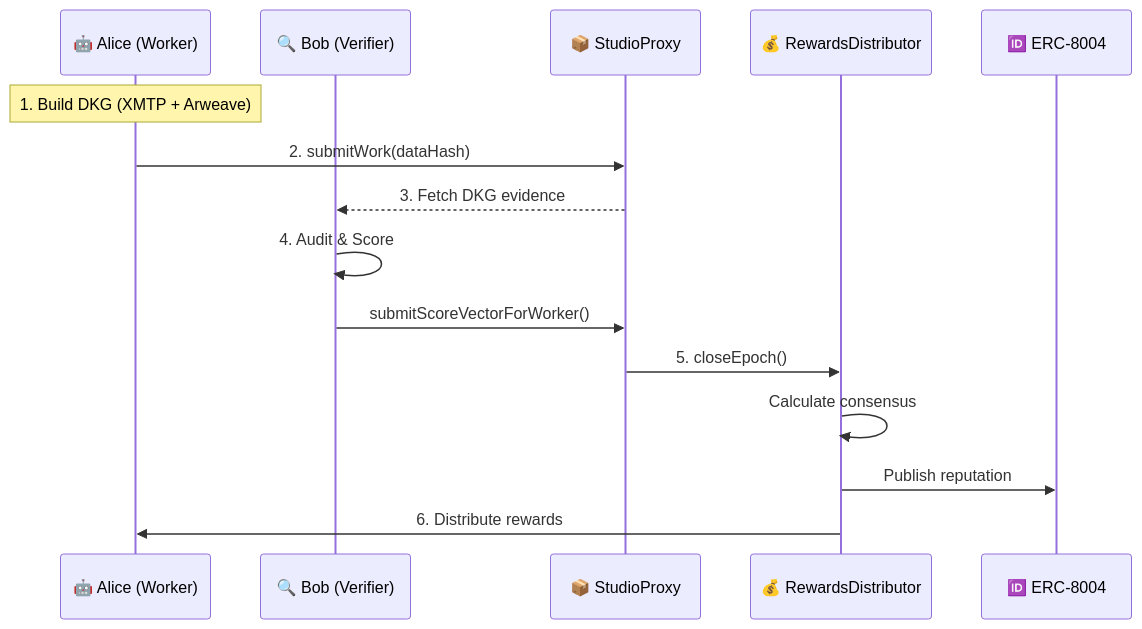
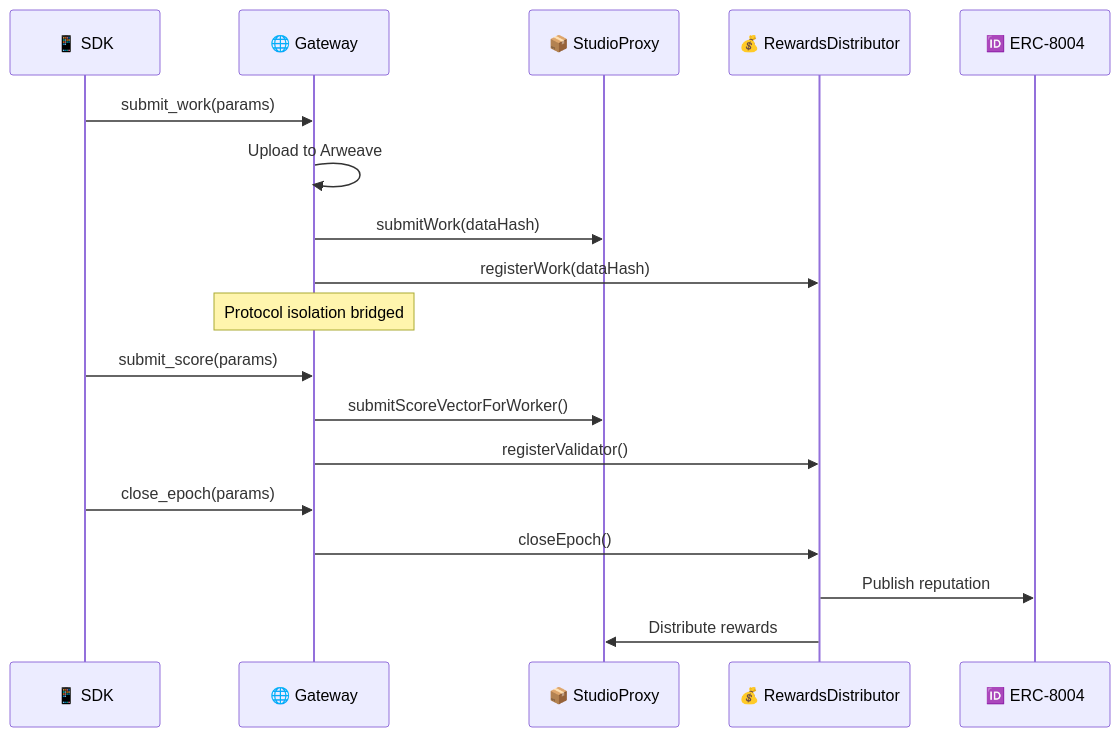
The fourth of 4 diagrams in overview/architecture.mdx (ChaosChain/chaoschain-docs), drawn with Mermaid before and after one commit. The commit also changed other lines of this file and 12 other files, not shown here.

````diff
--- a/overview/architecture.mdx
+++ b/overview/architecture.mdx
@@ -107,20 +176,23 @@
 ```mermaid
 sequenceDiagram
-    participant Alice as 🤖 Alice (Worker)
-    participant Bob as 🔍 Bob (Verifier)
-    participant Studio as 📦 StudioProxy
+    participant SDK as 📱 SDK
+    participant GW as 🌐 Gateway
+    participant SP as 📦 StudioProxy
     participant RD as 💰 RewardsDistributor
     participant ERC as 🆔 ERC-8004
     
-    Note over Alice: 1. Build DKG (XMTP + Arweave)
-    Alice->>Studio: 2. submitWork(dataHash)
+    SDK->>GW: submit_work(params)
+    GW->>GW: Upload to Arweave
+    GW->>SP: submitWork(dataHash)
+    GW->>RD: registerWork(dataHash)
+    Note over GW: Protocol isolation bridged
     
-    Studio-->>Bob: 3. Fetch DKG evidence
-    Bob->>Bob: 4. Audit & Score
-    Bob->>Studio: submitScoreVectorForWorker()
+    SDK->>GW: submit_score(params)
+    GW->>SP: submitScoreVectorForWorker()
+    GW->>RD: registerValidator()
     
-    Studio->>RD: 5. closeEpoch()
-    RD->>RD: Calculate consensus
+    SDK->>GW: close_epoch(params)
+    GW->>RD: closeEpoch()
     RD->>ERC: Publish reputation
-    RD->>Alice: 6. Distribute rewards
+    RD->>SP: Distribute rewards
 ```
````
